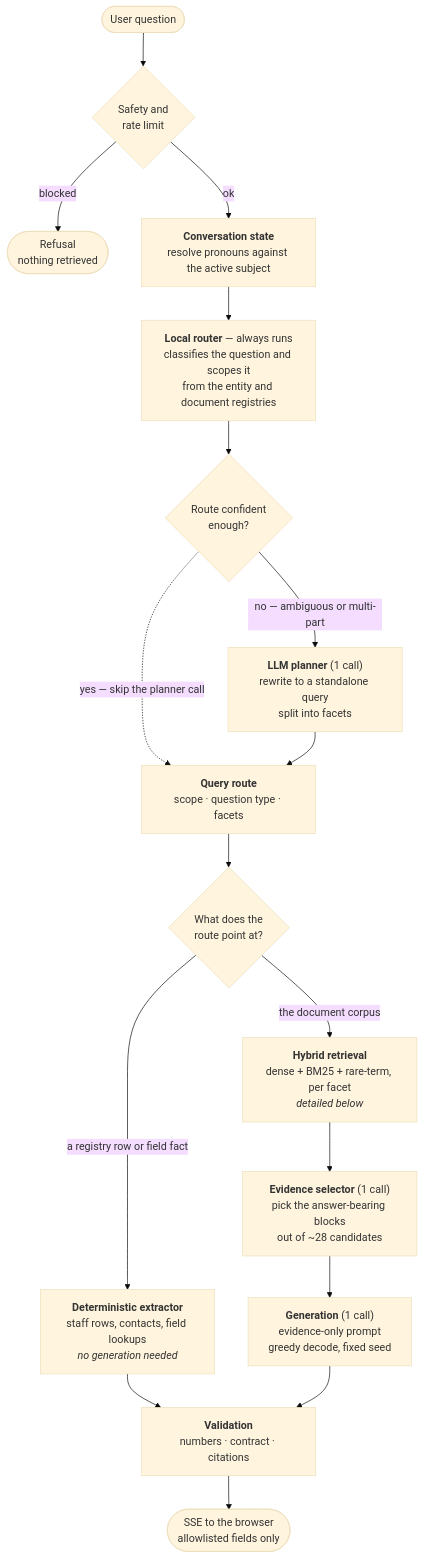
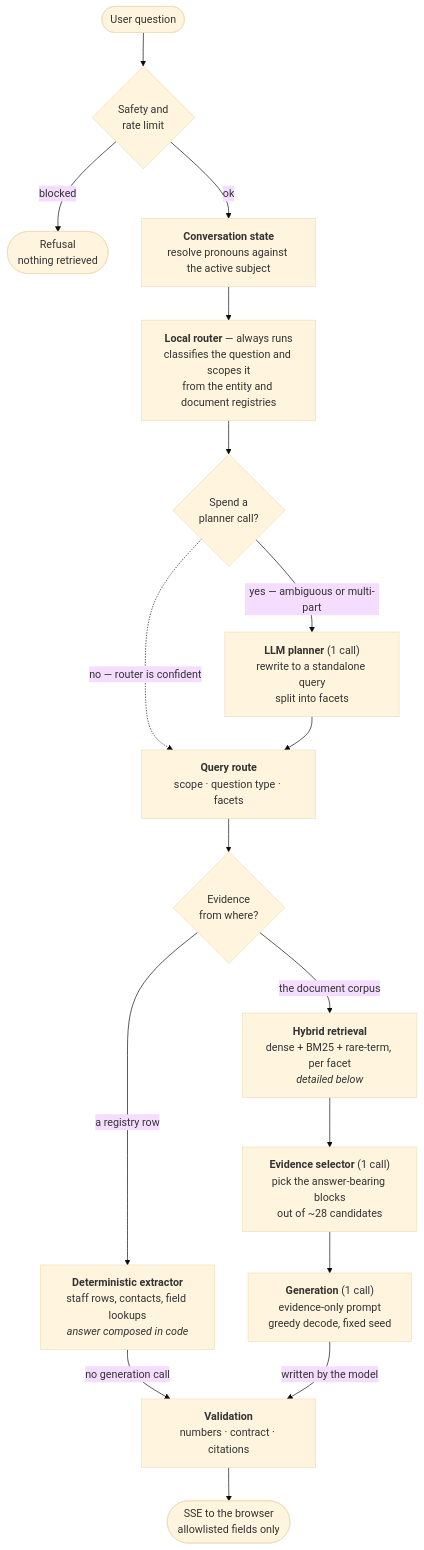
The second of 3 diagrams in README.md (DavidL72Code/Sustainable-Labs-ChatBot), drawn with Mermaid (base theme) before and after one commit. The commit also changed other lines of this file and 3 other files, not shown here.

````diff
--- a/README.md
+++ b/README.md
@@ -68,23 +51,23 @@
 ```mermaid
 flowchart TB
     Q(["User question"]) --> G{"Safety and<br/>rate limit"}
     G -->|blocked| X(["Refusal<br/>nothing retrieved"])
     G -->|ok| ST["<b>Conversation state</b><br/>resolve pronouns against the active subject"]
     ST --> LR["<b>Local router</b> — always runs<br/>classifies the question and scopes it<br/>from the entity and document registries"]
 
-    LR --> GATE{"Route confident<br/>enough?"}
-    GATE -.->|"yes — skip the planner call"| ROUTE["<b>Query route</b><br/>scope · question type · facets"]
-    GATE -->|"no — ambiguous or multi-part"| PL["<b>LLM planner</b> (1 call)<br/>rewrite to a standalone query<br/>split into facets"]
+    LR --> GATE{"Spend a<br/>planner call?"}
+    GATE -.->|"no — router is confident"| ROUTE["<b>Query route</b><br/>scope · question type · facets"]
+    GATE -->|"yes — ambiguous or multi-part"| PL["<b>LLM planner</b> (1 call)<br/>rewrite to a standalone query<br/>split into facets"]
     PL --> ROUTE
 
-    ROUTE --> F{"What does the<br/>route point at?"}
-    F -->|"a registry row or field fact"| EX["<b>Deterministic extractor</b><br/>staff rows, contacts, field lookups<br/><i>no generation needed</i>"]
+    ROUTE --> F{"Evidence<br/>from where?"}
+    F -->|"a registry row"| EX["<b>Deterministic extractor</b><br/>staff rows, contacts, field lookups<br/><i>answer composed in code</i>"]
     F -->|"the document corpus"| RET["<b>Hybrid retrieval</b><br/>dense + BM25 + rare-term, per facet<br/><i>detailed below</i>"]
 
     RET --> SEL["<b>Evidence selector</b> (1 call)<br/>pick the answer-bearing blocks<br/>out of ~28 candidates"]
     SEL --> GEN["<b>Generation</b> (1 call)<br/>evidence-only prompt<br/>greedy decode, fixed seed"]
 
-    EX --> VAL["<b>Validation</b><br/>numbers · contract · citations"]
-    GEN --> VAL
+    EX -->|"no generation call"| VAL["<b>Validation</b><br/>numbers · contract · citations"]
+    GEN -->|"written by the model"| VAL
     VAL --> OUT(["SSE to the browser<br/>allowlisted fields only"])
 ```
````
